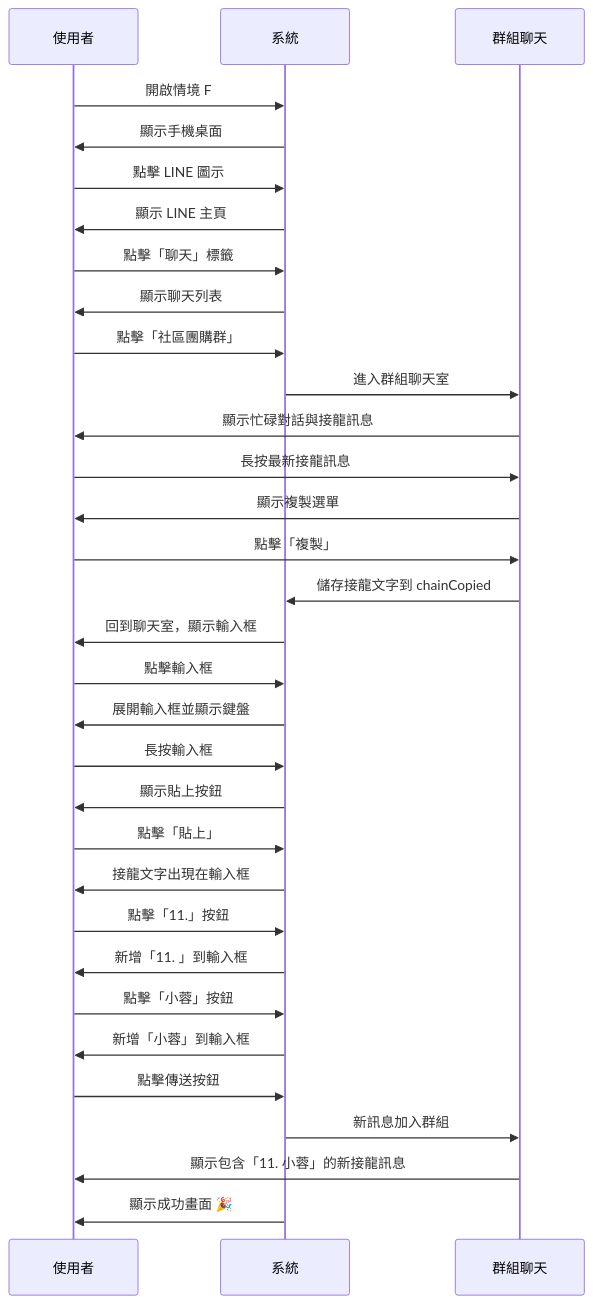
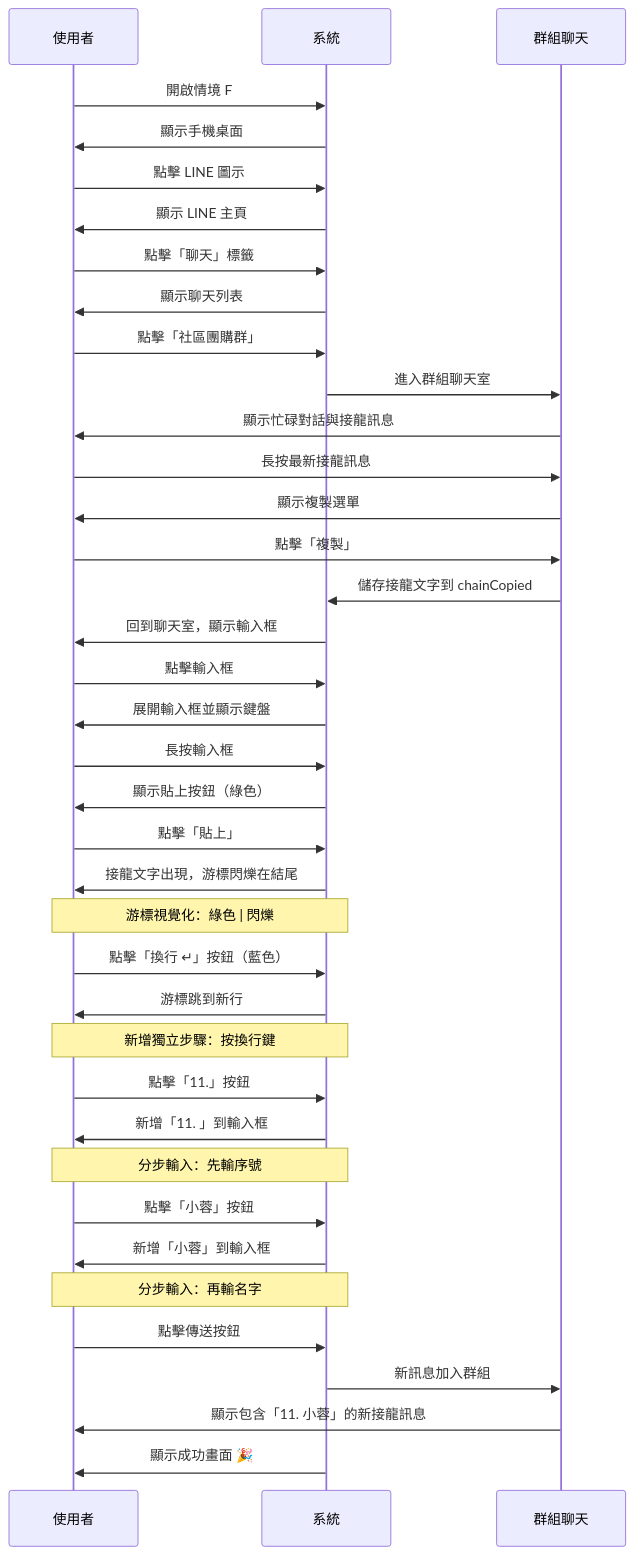
Before and after one commit to cuteman0725/phone-practice: the second of 10 diagrams in script.md, drawn with Mermaid. The commit also changed other lines of this file, not shown here.

````diff
--- a/script.md
+++ b/script.md
@@ -40,47 +40,54 @@
 ```mermaid
 sequenceDiagram
     participant U as 使用者
     participant S as 系統
     participant G as 群組聊天
     
     U->>S: 開啟情境 F
     S->>U: 顯示手機桌面
     
     U->>S: 點擊 LINE 圖示
     S->>U: 顯示 LINE 主頁
     
     U->>S: 點擊「聊天」標籤
     S->>U: 顯示聊天列表
     
     U->>S: 點擊「社區團購群」
     S->>G: 進入群組聊天室
     G->>U: 顯示忙碌對話與接龍訊息
     
     U->>G: 長按最新接龍訊息
     G->>U: 顯示複製選單
     
     U->>G: 點擊「複製」
     G->>S: 儲存接龍文字到 chainCopied
     S->>U: 回到聊天室，顯示輸入框
     
     U->>S: 點擊輸入框
     S->>U: 展開輸入框並顯示鍵盤
     
     U->>S: 長按輸入框
-    S->>U: 顯示貼上按鈕
+    S->>U: 顯示貼上按鈕（綠色）
     
     U->>S: 點擊「貼上」
-    S->>U: 接龍文字出現在輸入框
+    S->>U: 接龍文字出現，游標閃爍在結尾
+    Note over U,S: 游標視覺化：綠色 | 閃爍
+    
+    U->>S: 點擊「換行 ↵」按鈕（藍色）
+    S->>U: 游標跳到新行
+    Note over U,S: 新增獨立步驟：按換行鍵
     
     U->>S: 點擊「11.」按鈕
     S->>U: 新增「11. 」到輸入框
+    Note over U,S: 分步輸入：先輸序號
     
     U->>S: 點擊「小蓉」按鈕
     S->>U: 新增「小蓉」到輸入框
+    Note over U,S: 分步輸入：再輸名字
     
     U->>S: 點擊傳送按鈕
     S->>G: 新訊息加入群組
     G->>U: 顯示包含「11. 小蓉」的新接龍訊息
     
     S->>U: 顯示成功畫面 🎉
 ```
````
